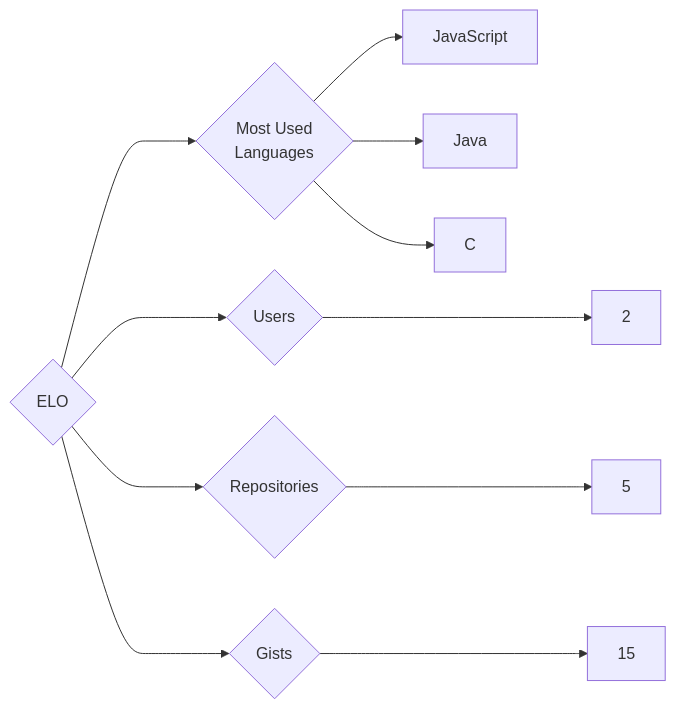
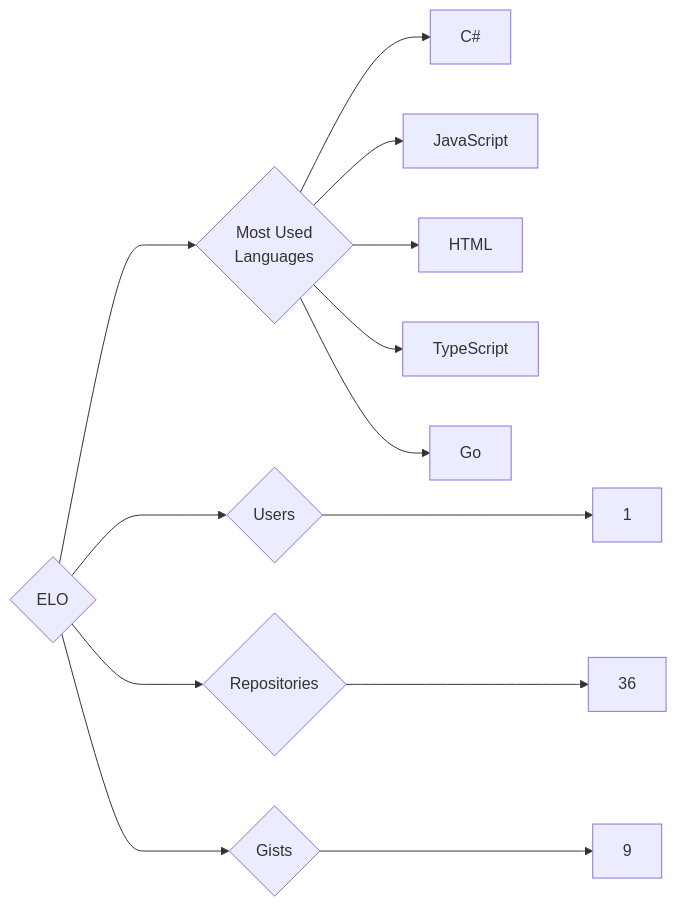
Before and after one commit to trickest/insiders: the diagram in targets/ELO/README.md, drawn with Mermaid. The commit also changed 1088 other files, not shown here.

````diff
--- a/targets/ELO/README.md
+++ b/targets/ELO/README.md
@@ -3,11 +3,13 @@
 ```mermaid
 graph LR
 COMPANY_NAME{ELO}
-COMPANY_NAME ---> U{Users} ---> UN[2]
-COMPANY_NAME ---> R{Repositories} ---> RN[5]
-COMPANY_NAME ---> G{Gists} ---> GN[15]
+COMPANY_NAME ---> U{Users} ---> UN[1]
+COMPANY_NAME ---> R{Repositories} ---> RN[36]
+COMPANY_NAME ---> G{Gists} ---> GN[9]
 COMPANY_NAME ---> ML{Most Used<br>Languages}
+ML --> C#[C#]
 ML --> JavaScript[JavaScript]
-ML --> Java[Java]
-ML --> C[C]
+ML --> HTML[HTML]
+ML --> TypeScript[TypeScript]
+ML --> Go[Go]
 ```
````
